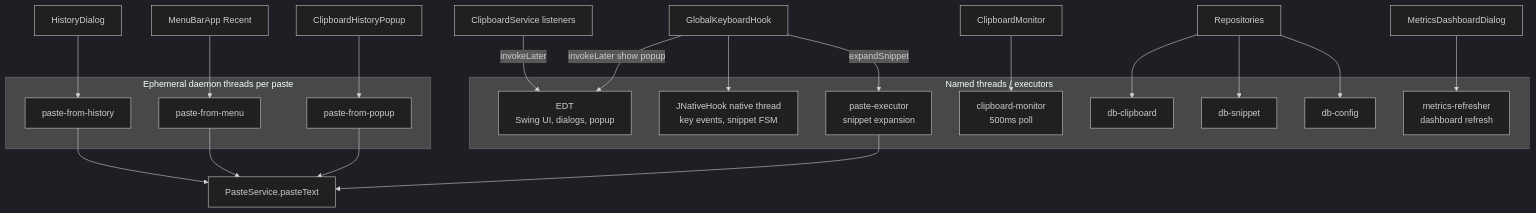
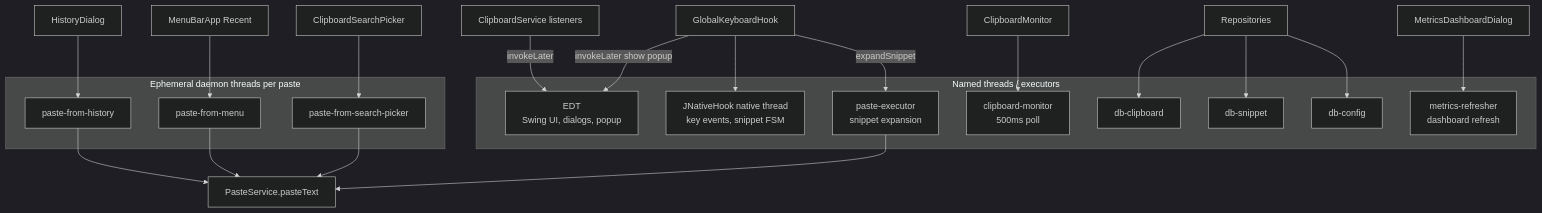
One commit to Meghna2528/Pasties changed the fourth of 5 diagrams in README.md. Above: the diagram before and after it, drawn with Mermaid (dark theme). The commit also changed other lines of this file and 8 other files, not shown here.

````diff
--- a/README.md
+++ b/README.md
@@ -444,35 +487,35 @@
 ```mermaid
 flowchart TB
     subgraph Threads["Named threads / executors"]
         EDT["EDT<br/>Swing UI, dialogs, popup"]
         JNH["JNativeHook native thread<br/>key events, snippet FSM"]
         PEx["paste-executor<br/>snippet expansion"]
         CMt["clipboard-monitor<br/>500ms poll"]
         DBC["db-clipboard"]
         DBS["db-snippet"]
         DBK["db-config"]
         MR["metrics-refresher<br/>dashboard refresh"]
     end
 
     subgraph Ephemeral["Ephemeral daemon threads per paste"]
-        PF["paste-from-popup"]
+        PF["paste-from-search-picker"]
         PM["paste-from-menu"]
         PH["paste-from-history"]
     end
 
     KeyHook["GlobalKeyboardHook"] --> JNH
     KeyHook -->|"expandSnippet"| PEx
     KeyHook -->|"invokeLater show popup"| EDT
 
     ClipMon["ClipboardMonitor"] --> CMt
     ClipRepo["Repositories"] --> DBC & DBS & DBK
     PEx --> PasteSvc["PasteService.pasteText"]
 
-    HistPopup["ClipboardHistoryPopup"] --> PF
+    SearchPicker2["ClipboardSearchPicker"] --> PF
     MenuBar["MenuBarApp Recent"] --> PM
     HistDlg["HistoryDialog"] --> PH
     PF & PM & PH --> PasteSvc
 
     ClipSvc["ClipboardService listeners"] -->|"invokeLater"| EDT
     MetricsDlg["MetricsDashboardDialog"] --> MR
 ```
````
